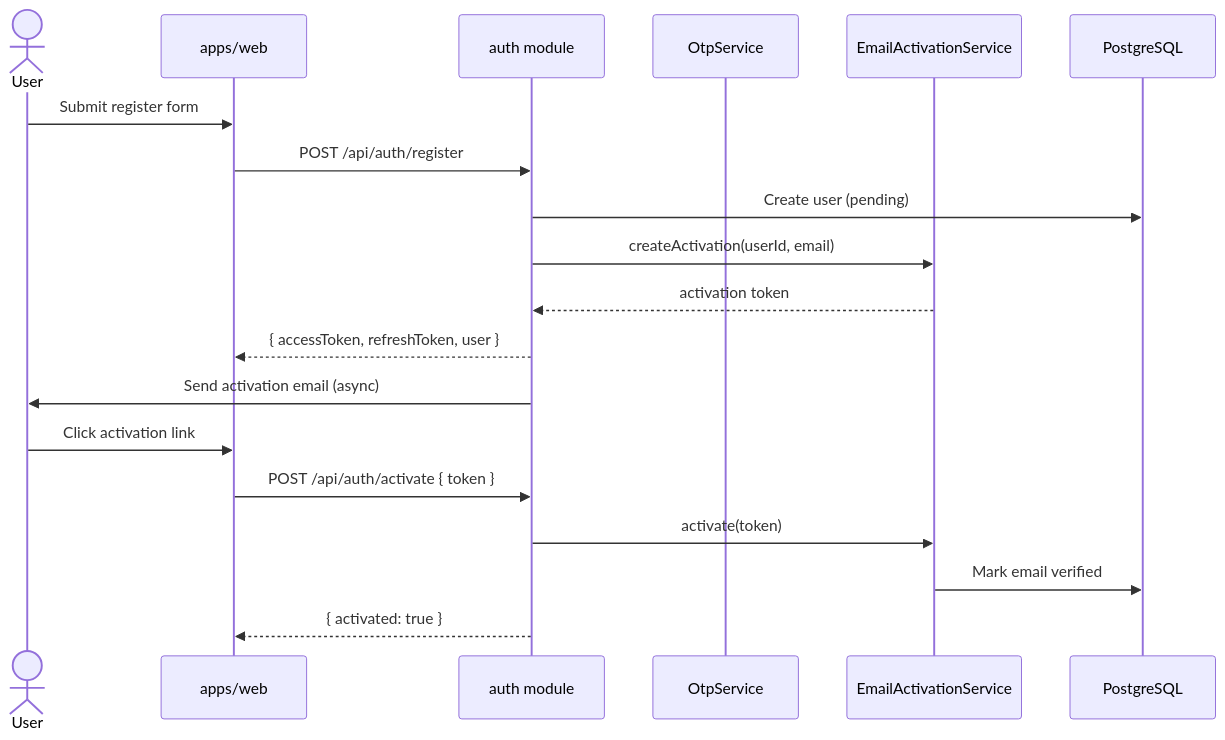
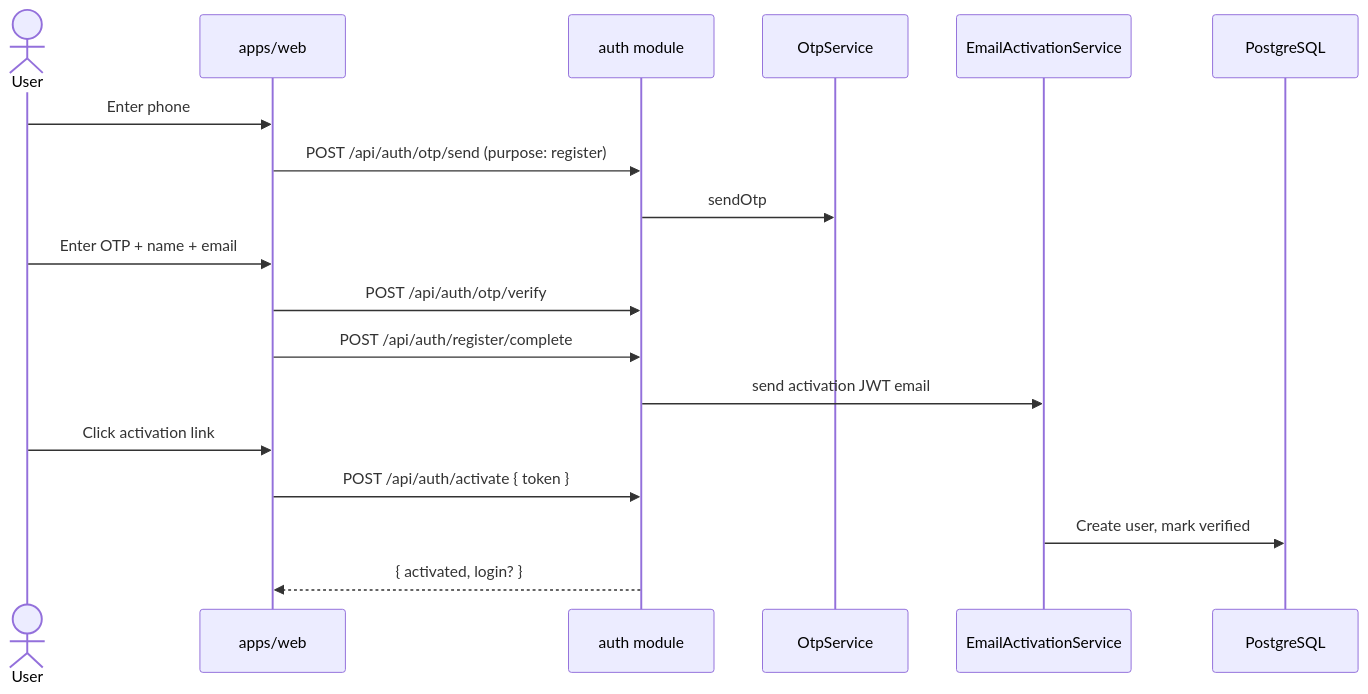
One commit to golpochat/community-marketplace changed the first of 5 diagrams in docs/architecture/sequence-diagrams.md. Above: the diagram before and after it, drawn with Mermaid. The commit also changed other lines of this file and 60 other files, not shown here.

````diff
--- a/docs/architecture/sequence-diagrams.md
+++ b/docs/architecture/sequence-diagrams.md
@@ -7,22 +7,21 @@
 ```mermaid
 sequenceDiagram
     actor User
     participant Web as apps/web
     participant API as auth module
     participant OTP as OtpService
     participant Email as EmailActivationService
     participant DB as PostgreSQL
 
-    User->>Web: Submit register form
-    Web->>API: POST /api/auth/register
-    API->>DB: Create user (pending)
-    API->>Email: createActivation(userId, email)
-    Email-->>API: activation token
-    API-->>Web: { accessToken, refreshToken, user }
-    API->>User: Send activation email (async)
+    User->>Web: Enter phone
+    Web->>API: POST /api/auth/otp/send (purpose: register)
+    API->>OTP: sendOtp
+    User->>Web: Enter OTP + name + email
+    Web->>API: POST /api/auth/otp/verify
+    Web->>API: POST /api/auth/register/complete
+    API->>Email: send activation JWT email
     User->>Web: Click activation link
     Web->>API: POST /api/auth/activate { token }
-    API->>Email: activate(token)
-    Email->>DB: Mark email verified
-    API-->>Web: { activated: true }
+    Email->>DB: Create user, mark verified
+    API-->>Web: { activated, login? }
 ```
````
